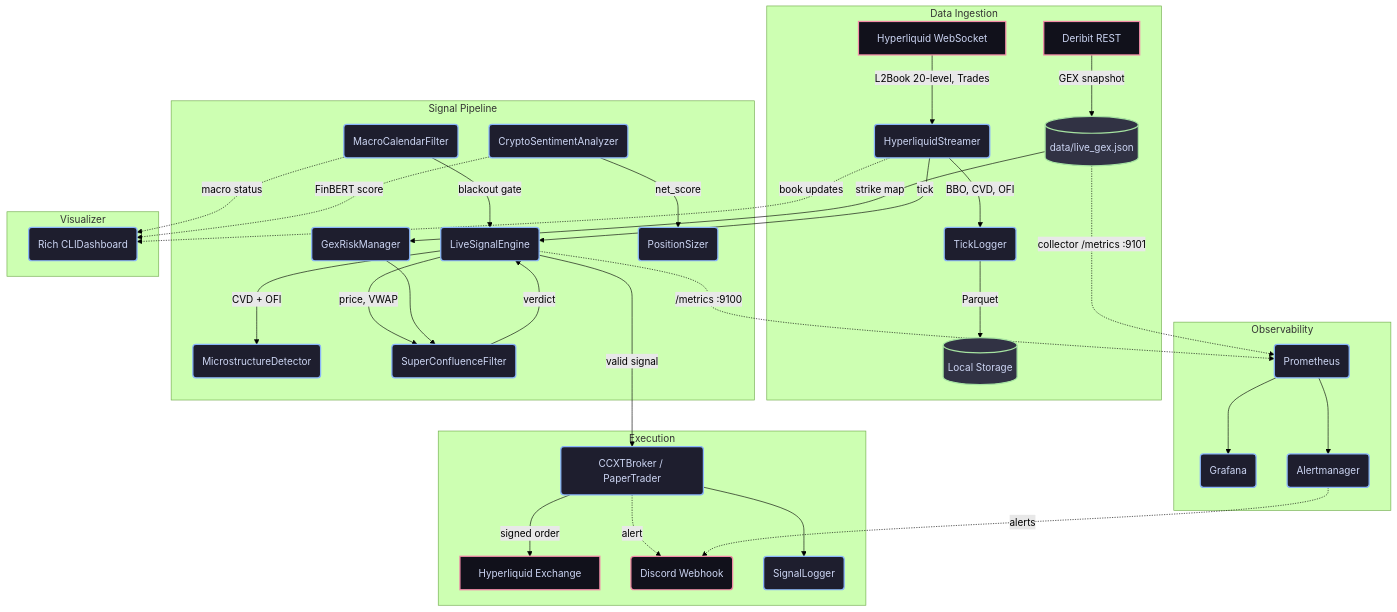
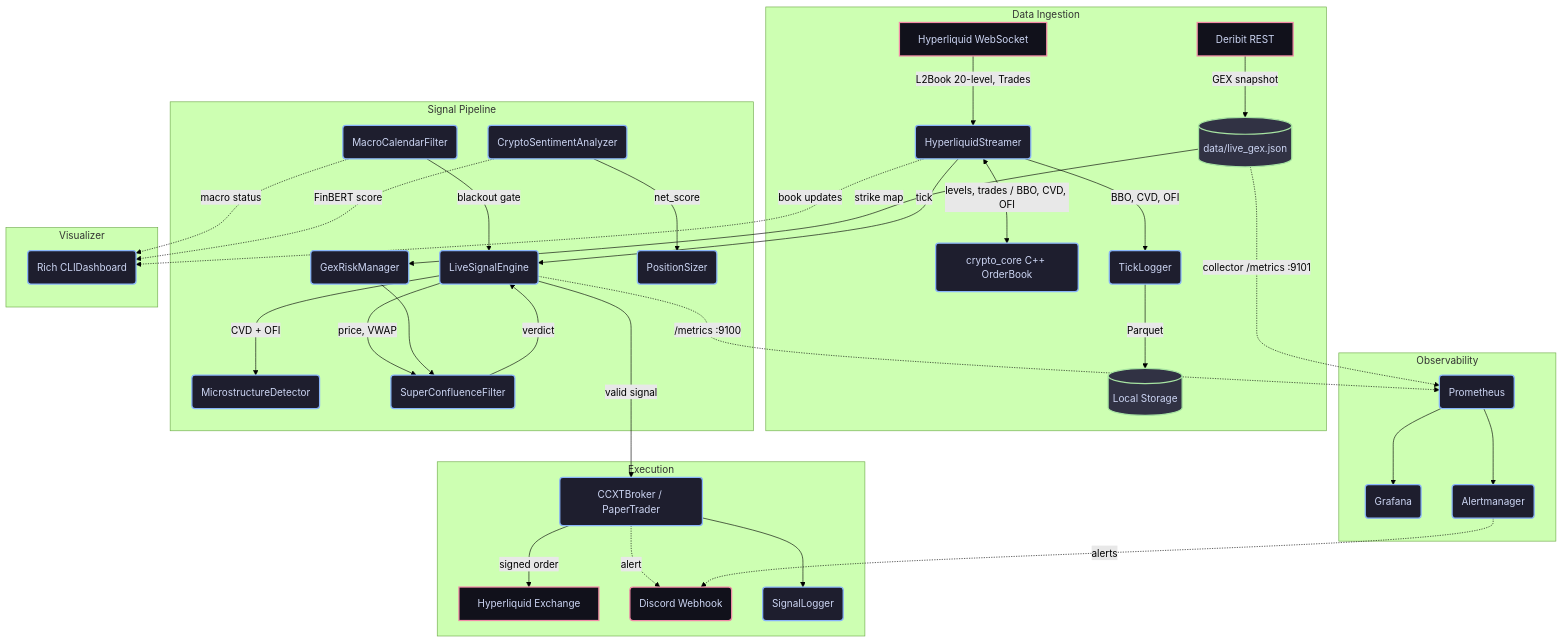
Before and after one commit to Ad1xon/crypto-bot: the diagram in README.md, drawn with Mermaid (forest theme). The commit also changed other lines of this file, not shown here.

Commit message:
docs(readme): mention cpp_core module and benchmark (#18)

````diff
--- a/README.md
+++ b/README.md
@@ -14,49 +21,50 @@
 ```mermaid
 flowchart TD
     subgraph Data Ingestion
         HL[Hyperliquid WebSocket] -->|L2Book 20-level, Trades| Streamer(HyperliquidStreamer)
+        Streamer <-->|levels, trades / BBO, CVD, OFI| Core(crypto_core C++ OrderBook)
         Streamer -->|BBO, CVD, OFI| Logger(TickLogger)
         Logger -->|Parquet| Storage[(Local Storage)]
         Deribit[Deribit REST] -->|GEX snapshot| GEXFile[(data/live_gex.json)]
     end
 
     subgraph Signal Pipeline
         Streamer -->|tick| Engine(LiveSignalEngine)
         Engine -->|CVD + OFI| Detector(MicrostructureDetector)
         Engine -->|price, VWAP| Confluence(SuperConfluenceFilter)
         GEXFile -->|strike map| GEX(GexRiskManager)
         GEX --> Confluence
         Macro(MacroCalendarFilter) -->|blackout gate| Engine
         Sentiment(CryptoSentimentAnalyzer) -->|net_score| Sizer(PositionSizer)
         Confluence -->|verdict| Engine
     end
 
     subgraph Execution
         Engine -->|valid signal| Broker(CCXTBroker / PaperTrader)
         Broker -->|signed order| HL_Exec[Hyperliquid Exchange]
         Broker -.->|alert| Discord(Discord Webhook)
         Broker --> SigLog(SignalLogger)
     end
 
     subgraph Visualizer
         Streamer -.->|book updates| CLI(Rich CLIDashboard)
         Macro -.->|macro status| CLI
         Sentiment -.->|FinBERT score| CLI
     end
 
     subgraph Observability
         Engine -.->|/metrics :9100| Prom(Prometheus)
         GEXFile -.->|collector /metrics :9101| Prom
         Prom --> Graf(Grafana)
         Prom --> AM(Alertmanager)
         AM -.->|alerts| Discord
     end
 
     classDef main fill:#1e1e2e,stroke:#89b4fa,stroke-width:2px,color:#cdd6f4;
     classDef storage fill:#313244,stroke:#a6e3a1,stroke-width:2px,color:#cdd6f4;
     classDef ext fill:#11111b,stroke:#f38ba8,stroke-width:2px,color:#cdd6f4;
 
-    class Streamer,Engine,Detector,Confluence,GEX,Broker,Logger,CLI,Sizer,Macro,Sentiment,SigLog,Prom,Graf,AM main;
+    class Streamer,Core,Engine,Detector,Confluence,GEX,Broker,Logger,CLI,Sizer,Macro,Sentiment,SigLog,Prom,Graf,AM main;
     class Storage,GEXFile storage;
     class HL,HL_Exec,Discord,Deribit ext;
 ```
````
